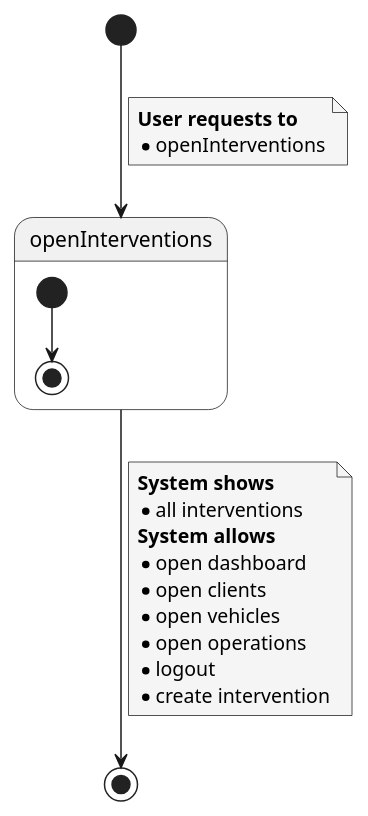
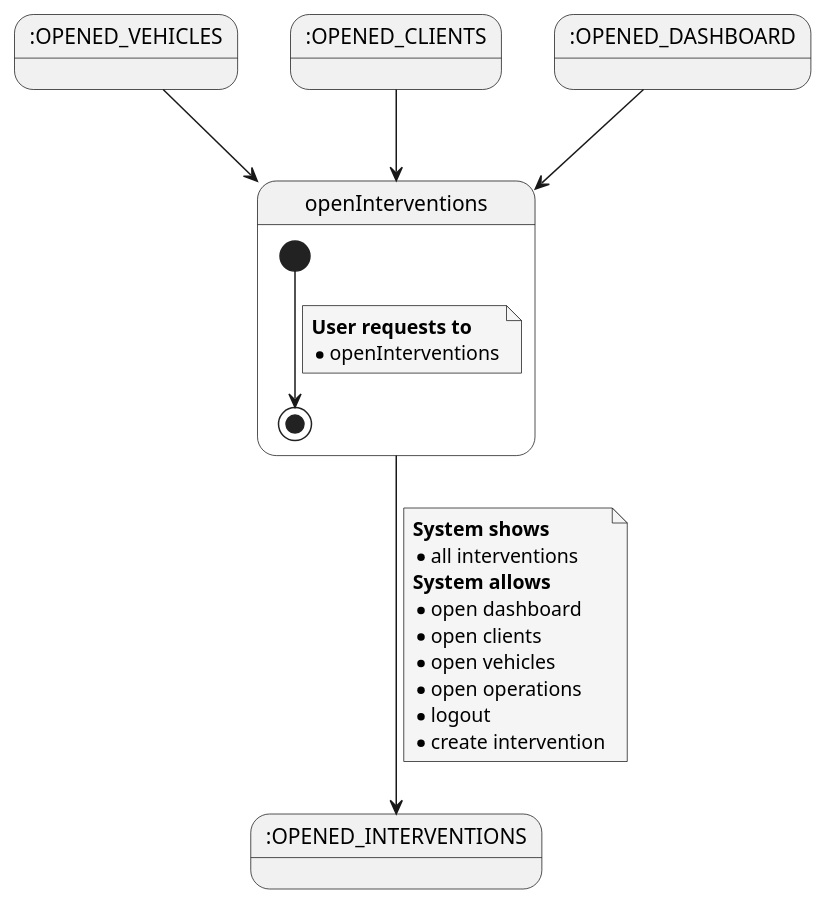
Before and after one commit to Ruskab/agrimManager: the diagram in documentation/1requiremets/usecases_specification/puml/openInterventions.puml, drawn with PlantUML. The commit also changed 13 other files, not shown here.

```diff
--- a/documentation/1requiremets/usecases_specification/puml/openInterventions.puml
+++ b/documentation/1requiremets/usecases_specification/puml/openInterventions.puml
@@ -1,29 +1,37 @@
 @startuml
 skinparam {
         NoteBackgroundColor #whiteSmoke
 }
 
-[*] --> openInterventions
-note on link
-<b>User requests to</b>
-* openInterventions
-end note
+state startState1 as ":OPENED_VEHICLES"
+state startState2 as ":OPENED_CLIENTS"
+state startState3 as ":OPENED_DASHBOARD"
+state endState as ":OPENED_INTERVENTIONS"
+
+startState1 --> openInterventions
+startState2 --> openInterventions
+startState3 --> openInterventions
 
 state openInterventions {
     [*] --> [*]
+    note on link
+    <b>User requests to</b>
+    * openInterventions
+    end note
+
 }
 
-openInterventions --> [*]
+openInterventions --> endState
 note on link
 <b>System shows
 * all interventions
 <b>System allows
 * open dashboard
 * open clients
 * open vehicles
 * open operations
 * logout
 * create intervention
 end note
 
 @enduml
```
